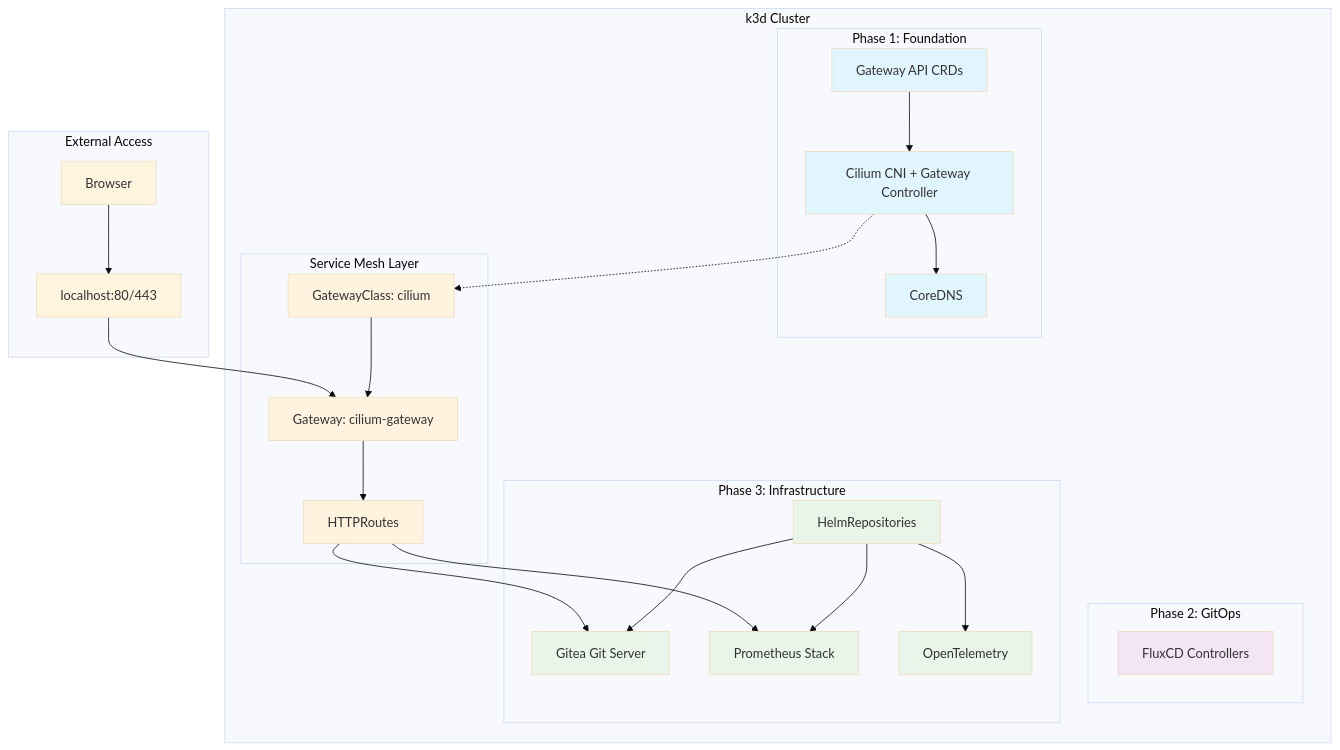
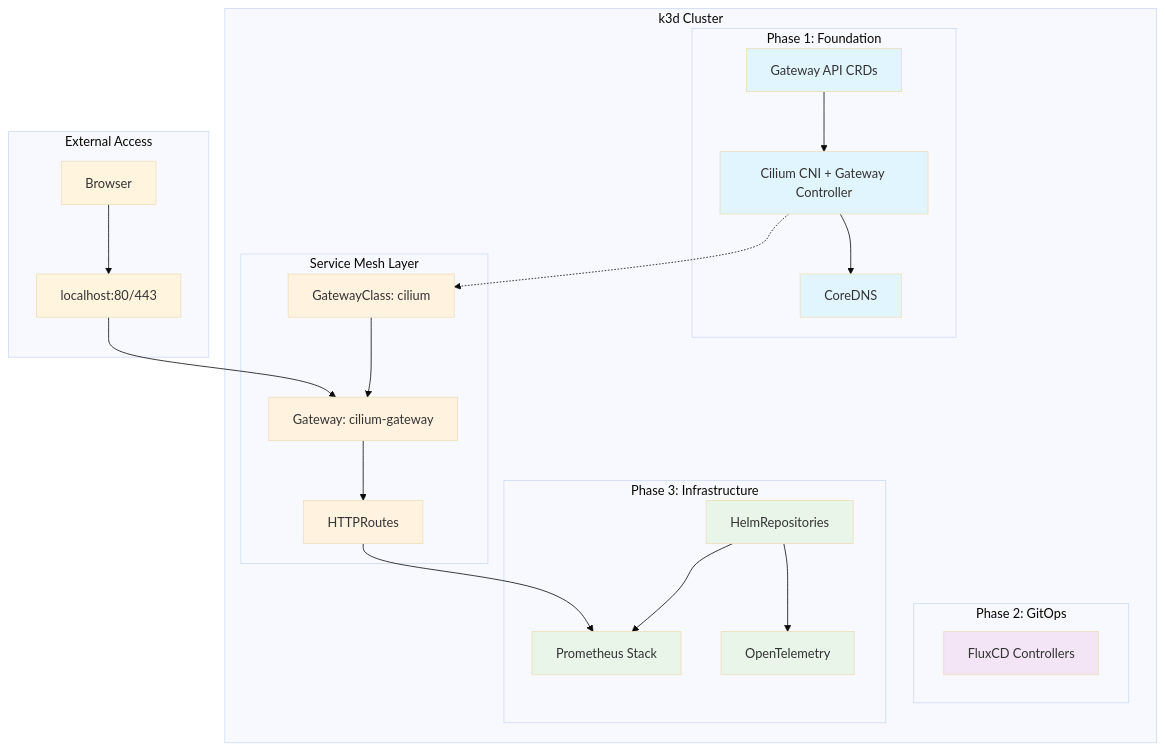
One commit to panicboat/platform changed the diagram in kubernetes/README.md. Above: the diagram before and after it, drawn with Mermaid (base theme). The commit also changed other lines of this file and 10 other files, not shown here.

````diff
--- a/kubernetes/README.md
+++ b/kubernetes/README.md
@@ -9,55 +9,52 @@
 ```mermaid
 graph TB
     subgraph "k3d Cluster"
         subgraph "Phase 1: Foundation"
             GW[Gateway API CRDs]
             CNI[Cilium CNI + Gateway Controller]
             DNS[CoreDNS]
             GW --> CNI
             CNI --> DNS
         end
 
         subgraph "Phase 2: GitOps"
             FLUX[FluxCD Controllers]
         end
 
         subgraph "Phase 3: Infrastructure"
             HR[HelmRepositories]
-            GITEA[Gitea Git Server]
             PROM[Prometheus Stack]
             OTEL[OpenTelemetry]
-            HR --> GITEA
             HR --> PROM
             HR --> OTEL
         end
 
         subgraph "Service Mesh Layer"
             GC[GatewayClass: cilium]
             GT[Gateway: cilium-gateway]
             HTTP[HTTPRoutes]
             GC --> GT
             GT --> HTTP
         end
     end
 
     subgraph "External Access"
         BROWSER[Browser]
         LOCALHOST[localhost:80/443]
     end
 
     CNI -.-> GC
-    HTTP --> GITEA
     HTTP --> PROM
     BROWSER --> LOCALHOST
     LOCALHOST --> GT
 
     classDef foundation fill:#e1f5fe
     classDef gitops fill:#f3e5f5
     classDef infra fill:#e8f5e8
     classDef mesh fill:#fff3e0
 
     class GW,CNI,DNS foundation
     class FLUX gitops
-    class HR,GITEA,PROM,OTEL infra
+    class HR,PROM,OTEL infra
     class GC,GT,HTTP mesh
 ```
````
